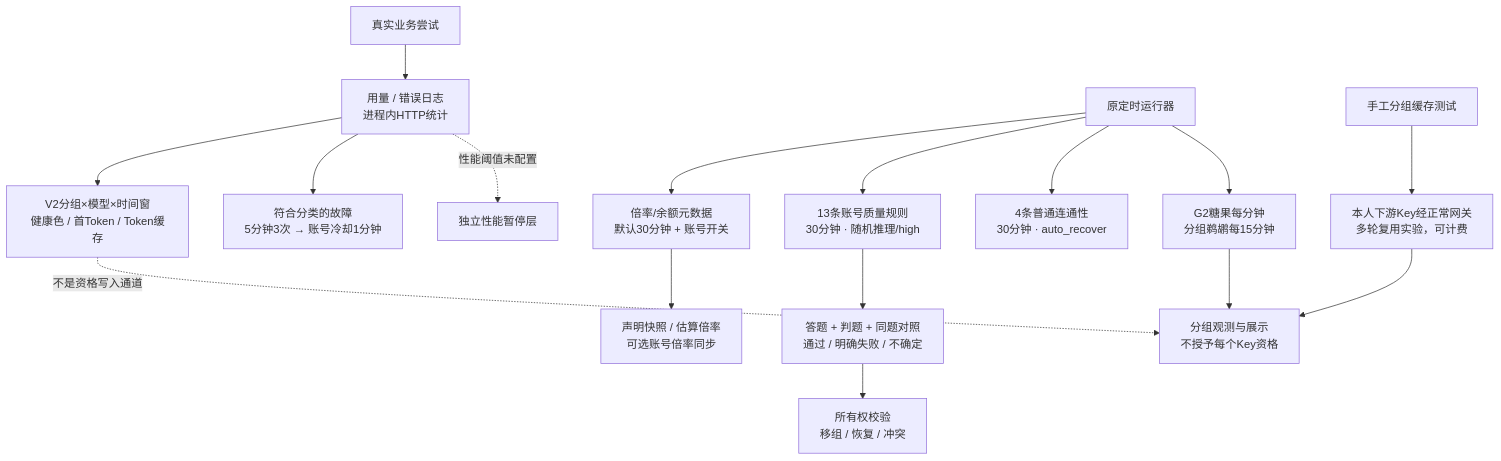
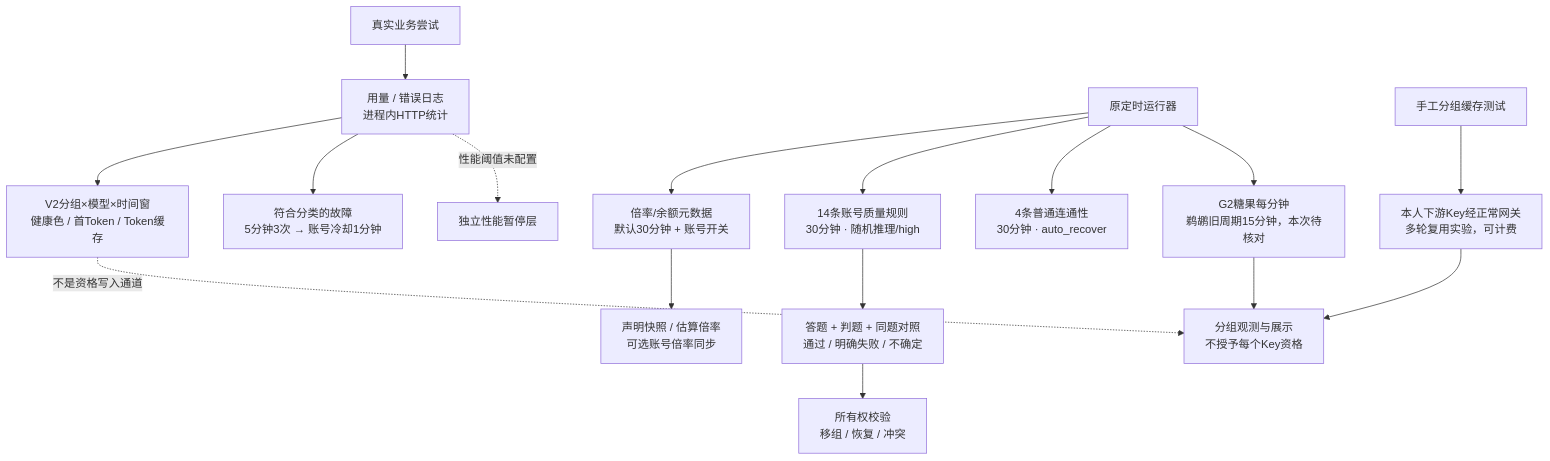
Before and after one commit to a5116107/ransub2api: the second of 6 diagrams in docs/project/production-observation-flow.md, drawn with Mermaid. The commit also changed other lines of this file and 4 other files, not shown here.

````diff
--- a/docs/project/production-observation-flow.md
+++ b/docs/project/production-observation-flow.md
@@ -82,18 +84,18 @@
 ```mermaid
 flowchart TD
   BIZ["真实业务尝试"] --> LOG["用量 / 错误日志<br/>进程内HTTP统计"]
   LOG --> V2["V2分组×模型×时间窗<br/>健康色 / 首Token / Token缓存"]
   LOG --> BREAK["符合分类的故障<br/>5分钟3次 → 账号冷却1分钟"]
   LOG -. "性能阈值未配置" .-> PERF["独立性能暂停层"]
   CLOCK["原定时运行器"] --> PRICE["倍率/余额元数据<br/>默认30分钟 + 账号开关"]
-  CLOCK --> Q["13条账号质量规则<br/>30分钟 · 随机推理/high"]
+  CLOCK --> Q["14条账号质量规则<br/>30分钟 · 随机推理/high"]
   CLOCK --> C["4条普通连通性<br/>30分钟 · auto_recover"]
-  CLOCK --> GROUP["G2糖果每分钟<br/>分组鹈鹕每15分钟"]
+  CLOCK --> GROUP["G2糖果每分钟<br/>鹈鹕旧周期15分钟，本次待核对"]
   Q --> RESULT["答题 + 判题 + 同题对照<br/>通过 / 明确失败 / 不确定"]
   RESULT --> ACTION["所有权校验<br/>移组 / 恢复 / 冲突"]
   PRICE --> SNAP["声明快照 / 估算倍率<br/>可选账号倍率同步"]
   GROUP --> VIEW["分组观测与展示<br/>不授予每个Key资格"]
   MANUAL["手工分组缓存测试"] --> GW["本人下游Key经正常网关<br/>多轮复用实验，可计费"]
   GW --> VIEW
   V2 -. "不是资格写入通道" .-> VIEW
 ```
````
